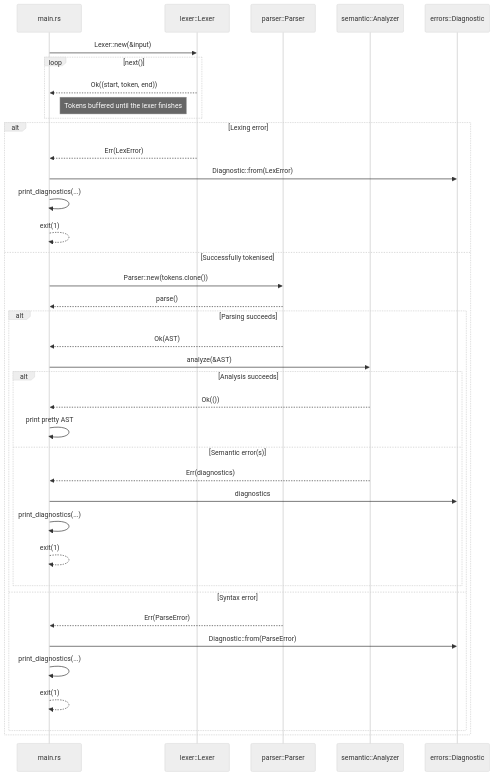
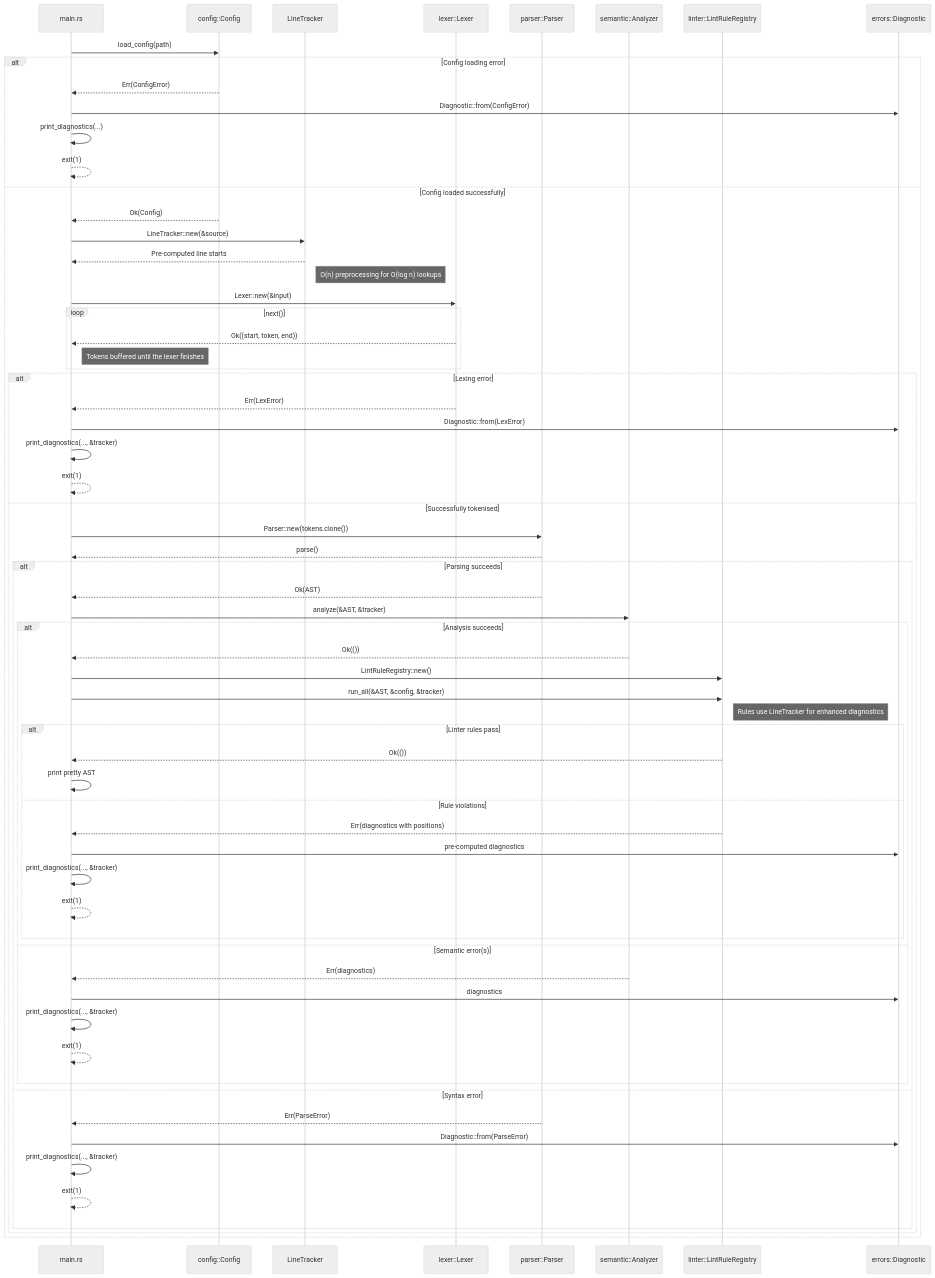
The second of 7 diagrams in docs/pipeline_overview.md (RuztyCrabs/Blazelint), drawn with Mermaid (neutral theme) before and after one commit. The commit also changed other lines of this file and 13 other files, not shown here.

First line of the commit message:
feat(linter-core): implement global line tracking

````diff
--- a/docs/pipeline_overview.md
+++ b/docs/pipeline_overview.md
@@ -30,41 +41,67 @@
 ```mermaid
 sequenceDiagram
     participant CLI as main.rs
+    participant Config as config::Config
+    participant Tracker as LineTracker
     participant Lex as lexer::Lexer
     participant Parse as parser::Parser
     participant Sem as semantic::Analyzer
+    participant Rules as linter::LintRuleRegistry
     participant Diag as errors::Diagnostic
 
-    CLI->>Lex: Lexer::new(&input)
-    loop next()
-        Lex-->>CLI: Ok((start, token, end))
-        note right of CLI: Tokens buffered until the lexer finishes
-    end
-    alt Lexing error
-        Lex-->>CLI: Err(LexError)
-        CLI->>Diag: Diagnostic::from(LexError)
+    CLI->>Config: load_config(path)
+    alt Config loading error
+        Config-->>CLI: Err(ConfigError)
+        CLI->>Diag: Diagnostic::from(ConfigError)
         CLI->>CLI: print_diagnostics(...)
         CLI-->>CLI: exit(1)
-    else Successfully tokenised
-        CLI->>Parse: Parser::new(tokens.clone())
-        Parse-->>CLI: parse()
-        alt Parsing succeeds
-            Parse-->>CLI: Ok(AST)
-            CLI->>Sem: analyze(&AST)
-            alt Analysis succeeds
-                Sem-->>CLI: Ok(())
-                CLI->>CLI: print pretty AST
-            else Semantic error(s)
-                Sem-->>CLI: Err(diagnostics)
-                CLI->>Diag: diagnostics
-                CLI->>CLI: print_diagnostics(...)
+    else Config loaded successfully
+        Config-->>CLI: Ok(Config)
+        CLI->>Tracker: LineTracker::new(&source)
+        Tracker-->>CLI: Pre-computed line starts
+        note right of Tracker: O(n) preprocessing for O(log n) lookups
+        CLI->>Lex: Lexer::new(&input)
+        loop next()
+            Lex-->>CLI: Ok((start, token, end))
+            note right of CLI: Tokens buffered until the lexer finishes
+        end
+        alt Lexing error
+            Lex-->>CLI: Err(LexError)
+            CLI->>Diag: Diagnostic::from(LexError)
+            CLI->>CLI: print_diagnostics(..., &tracker)
+            CLI-->>CLI: exit(1)
+        else Successfully tokenised
+            CLI->>Parse: Parser::new(tokens.clone())
+            Parse-->>CLI: parse()
+            alt Parsing succeeds
+                Parse-->>CLI: Ok(AST)
+                CLI->>Sem: analyze(&AST, &tracker)
+                alt Analysis succeeds
+                    Sem-->>CLI: Ok(())
+                    CLI->>Rules: LintRuleRegistry::new()
+                    CLI->>Rules: run_all(&AST, &config, &tracker)
+                    note right of Rules: Rules use LineTracker for enhanced diagnostics
+                    alt Linter rules pass
+                        Rules-->>CLI: Ok(())
+                        CLI->>CLI: print pretty AST
+                    else Rule violations
+                        Rules-->>CLI: Err(diagnostics with positions)
+                        CLI->>Diag: pre-computed diagnostics
+                        CLI->>CLI: print_diagnostics(..., &tracker)
+                        CLI-->>CLI: exit(1)
+                    end
+                else Semantic error(s)
+                    Sem-->>CLI: Err(diagnostics)
+                    CLI->>Diag: diagnostics
+                    CLI->>CLI: print_diagnostics(..., &tracker)
+                    CLI-->>CLI: exit(1)
+                end
+            else Syntax error
+                Parse-->>CLI: Err(ParseError)
+                CLI->>Diag: Diagnostic::from(ParseError)
+                CLI->>CLI: print_diagnostics(..., &tracker)
                 CLI-->>CLI: exit(1)
             end
-        else Syntax error
-            Parse-->>CLI: Err(ParseError)
-            CLI->>Diag: Diagnostic::from(ParseError)
-            CLI->>CLI: print_diagnostics(...)
-            CLI-->>CLI: exit(1)
         end
     end
 ```
````
